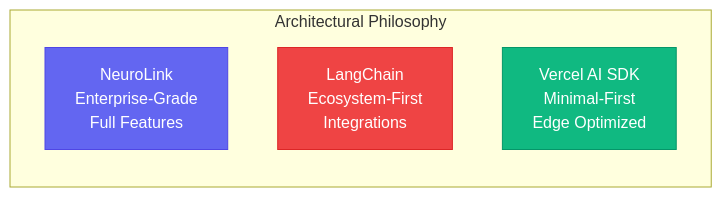
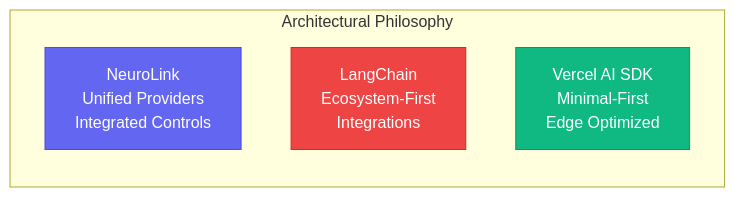
Before and after one commit to juspay/neurolink-blog: the second of 2 diagrams in _posts/2025-11-05-framework-comparison.md, drawn with Mermaid. The commit also changed other lines of this file and 172 other files, not shown here.

First line of the commit message:
fix(blog): audit every post against NeuroLink v12 and bring it up to date

````diff
--- a/_posts/2025-11-05-framework-comparison.md
+++ b/_posts/2025-11-05-framework-comparison.md
@@ -490,13 +489,13 @@
 ```mermaid
 flowchart LR
     subgraph comparison["Architectural Philosophy"]
         direction TB
-        NL["NeuroLink<br/>Enterprise-Grade<br/>Full Features"]
+        NL["NeuroLink<br/>Unified Providers<br/>Integrated Controls"]
         LC["LangChain<br/>Ecosystem-First<br/>Integrations"]
         VA["Vercel AI SDK<br/>Minimal-First<br/>Edge Optimized"]
     end
 
     style NL fill:#6366f1,stroke:#4f46e5,color:#fff
     style LC fill:#ef4444,stroke:#dc2626,color:#fff
     style VA fill:#10b981,stroke:#059669,color:#fff
 ```
````
